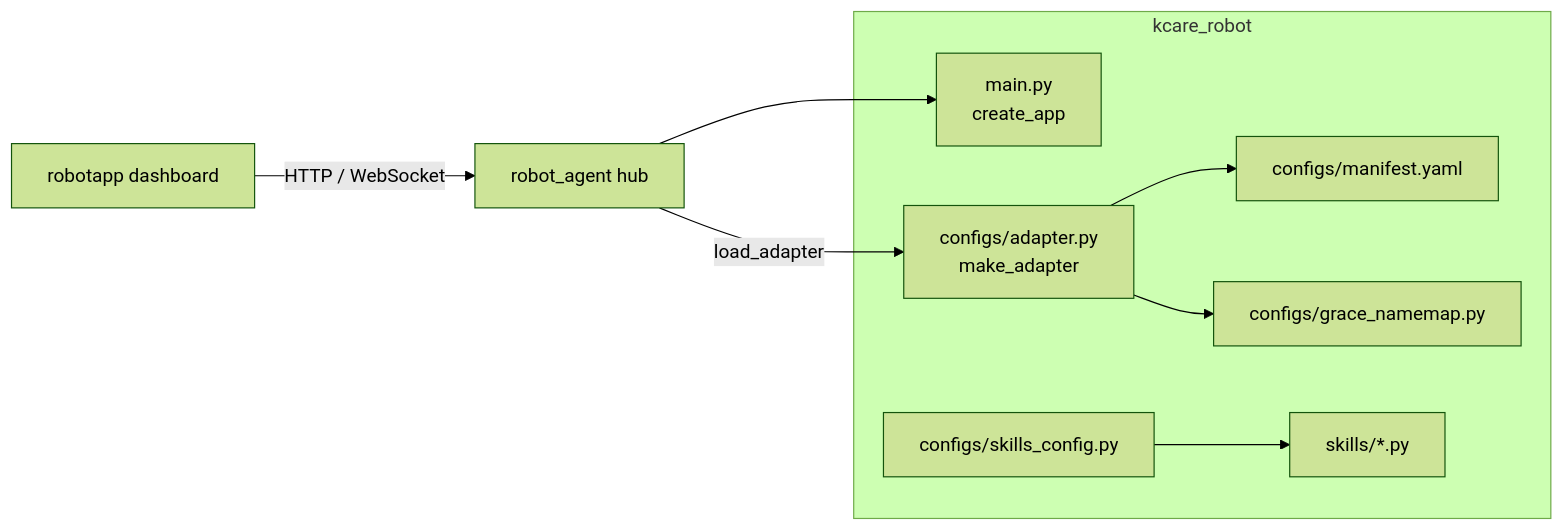
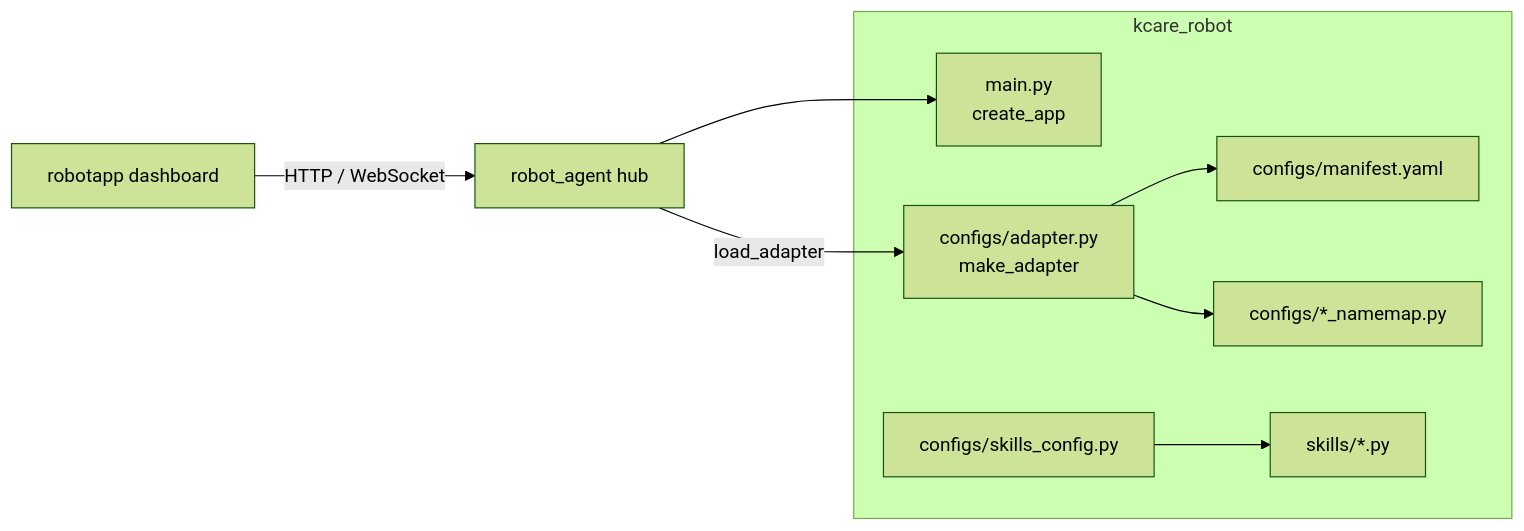
Before and after one commit to mtbui2010/robot_agent: the diagram in website/docs/repos/kcare-robot.md, drawn with Mermaid (forest theme). The commit also changed other lines of this file and 17 other files, not shown here.

````diff
--- a/website/docs/repos/kcare-robot.md
+++ b/website/docs/repos/kcare-robot.md
@@ -38,17 +38,17 @@
 ```mermaid
 flowchart LR
   subgraph PKG[kcare_robot]
     MAIN[main.py<br/>create_app]
     MAN[configs/manifest.yaml]
     AD[configs/adapter.py<br/>make_adapter]
-    NM[configs/grace_namemap.py]
+    NM[configs/*_namemap.py]
     REG[configs/skills_config.py]
     SK[skills/*.py]
   end
   HUB[robot_agent hub] --> MAIN
   HUB -- load_adapter --> AD
   AD --> MAN
   AD --> NM
   REG --> SK
   DASH[robotapp dashboard] -- HTTP / WebSocket --> HUB
 ```
````
